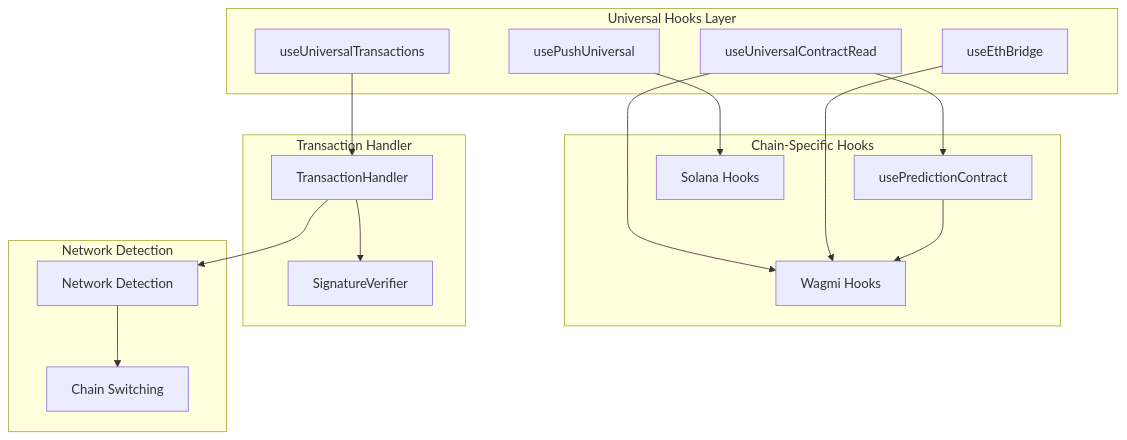
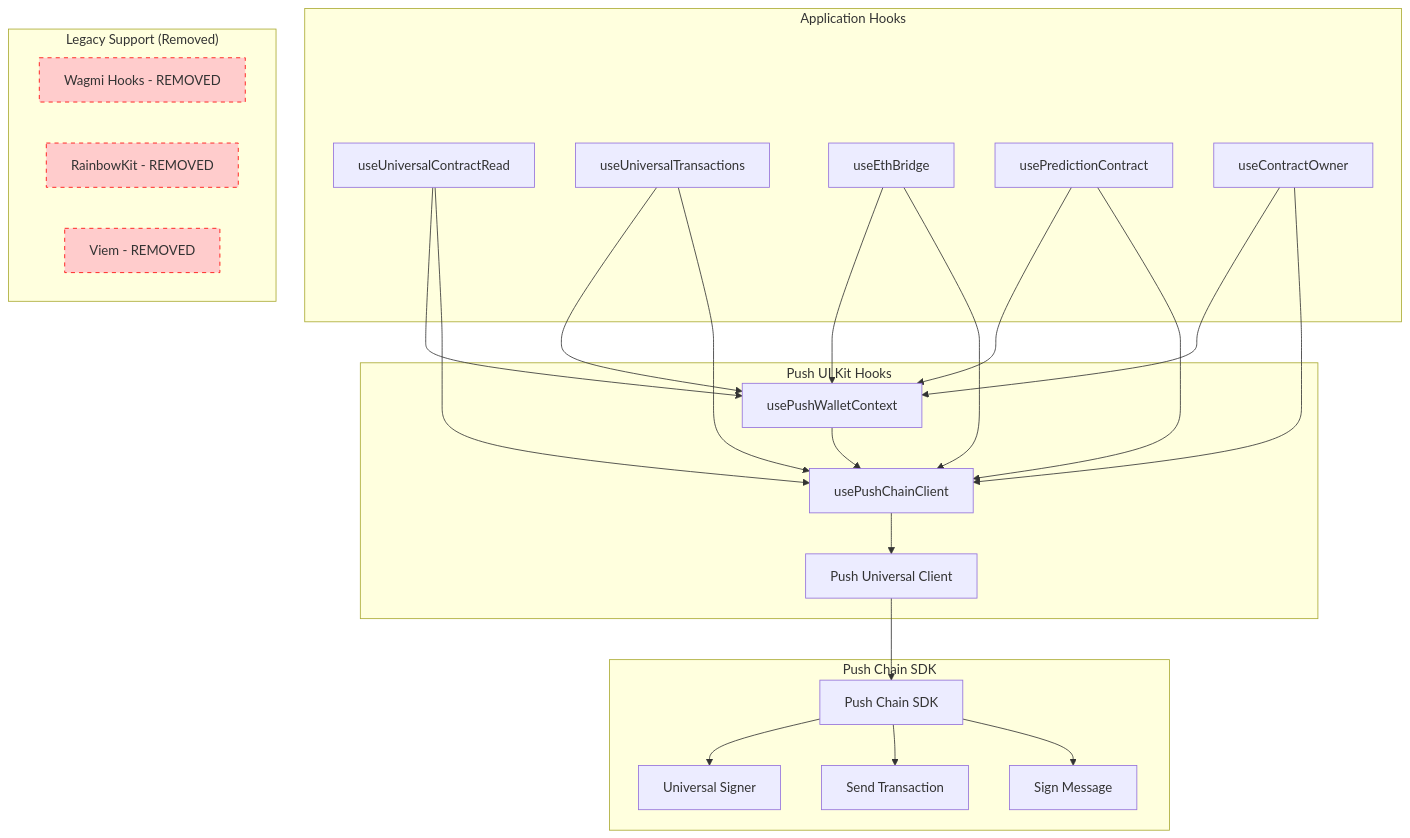
Before and after one commit to enliven17/push-predict: the eighth of 13 diagrams in diagrams.md, drawn with Mermaid. The commit also changed other lines of this file and 1 other file, not shown here.

Commit message:
diagrams update

````diff
--- a/diagrams.md
+++ b/diagrams.md
@@ -251,37 +269,52 @@
 ```mermaid
 graph TB
-    subgraph "Universal Hooks Layer"
+    subgraph "Push UI Kit Hooks"
+        PWC[usePushWalletContext]
+        PCC[usePushChainClient]
+        PUC[Push Universal Client]
+    end
+    
+    subgraph "Application Hooks"
         UCR[useUniversalContractRead]
         UT[useUniversalTransactions]
         UEB[useEthBridge]
-        UP[usePushUniversal]
+        UPC[usePredictionContract]
+        UCO[useContractOwner]
     end
     
-    subgraph "Chain-Specific Hooks"
-        PC[usePredictionContract]
-        WH[Wagmi Hooks]
-        SH[Solana Hooks]
+    subgraph "Push Chain SDK"
+        PCS[Push Chain SDK]
+        US[Universal Signer]
+        ST[Send Transaction]
+        SM[Sign Message]
     end
     
-    subgraph "Transaction Handler"
-        TH[TransactionHandler]
-        SV[SignatureVerifier]
+    subgraph "Legacy Support (Removed)"
+        WH[Wagmi Hooks - REMOVED]
+        RK[RainbowKit - REMOVED]
+        VM[Viem - REMOVED]
     end
     
-    subgraph "Network Detection"
-        ND[Network Detection]
-        CS[Chain Switching]
-    end
+    PWC --> PCC
+    PCC --> PUC
+    PUC --> PCS
     
-    UCR --> PC
-    UCR --> WH
-    UT --> TH
-    UEB --> WH
-    UP --> SH
+    UCR --> PWC
+    UCR --> PCC
+    UT --> PWC
+    UT --> PCC
+    UEB --> PWC
+    UEB --> PCC
+    UPC --> PWC
+    UPC --> PCC
+    UCO --> PWC
+    UCO --> PCC
     
-    TH --> SV
-    TH --> ND
-    ND --> CS
+    PCS --> US
+    PCS --> ST
+    PCS --> SM
     
-    PC --> WH
+    style WH fill:#ffcccc,stroke:#ff0000,stroke-dasharray: 5 5
+    style RK fill:#ffcccc,stroke:#ff0000,stroke-dasharray: 5 5
+    style VM fill:#ffcccc,stroke:#ff0000,stroke-dasharray: 5 5
 ```
````
